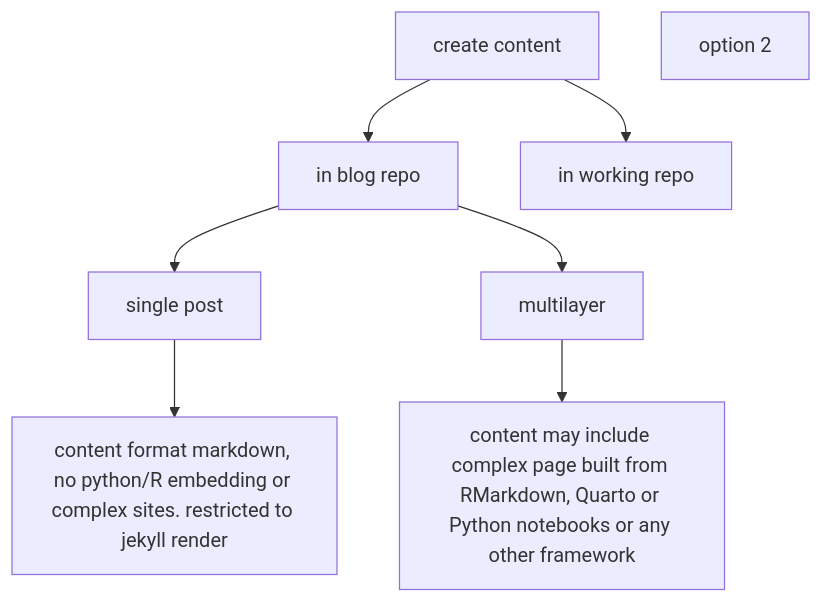
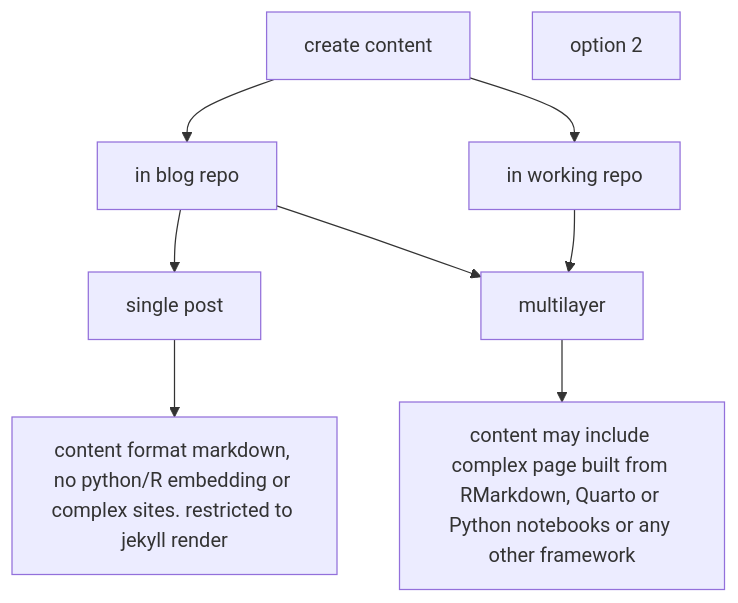
One commit to esteeschwarz/SPUND-LX changed the first of 4 diagrams in lx-public/HA/DCL/pages/workflow.qmd. Above: the diagram before and after it, drawn with Mermaid.

Commit message:
minor, diagramm corr.

````diff
--- a/lx-public/HA/DCL/pages/workflow.qmd
+++ b/lx-public/HA/DCL/pages/workflow.qmd
@@ -10,17 +10,17 @@
 ```{mermaid}
 %%| label: fig-workflow-pub
 %%| fig-cap: “publishing process options diagram”
 %%| fig-alt: “Flowchart showing the publishing workflow"
 
 
 graph TD
 
 CR[create content] -->
 dcl[in blog repo]
-CR-->wd[in working repo]
+CR-->wd[in working repo]-->ml
 dcl-->se[single post]
 dcl-->ml[multilayer]
 se-->fm[content format markdown, no python/R embedding or complex sites. restricted to jekyll render]
 ml-->fmm[content may include complex page built from RMarkdown, Quarto or Python notebooks or any other framework]
 o2[option 2]
 ```
````
